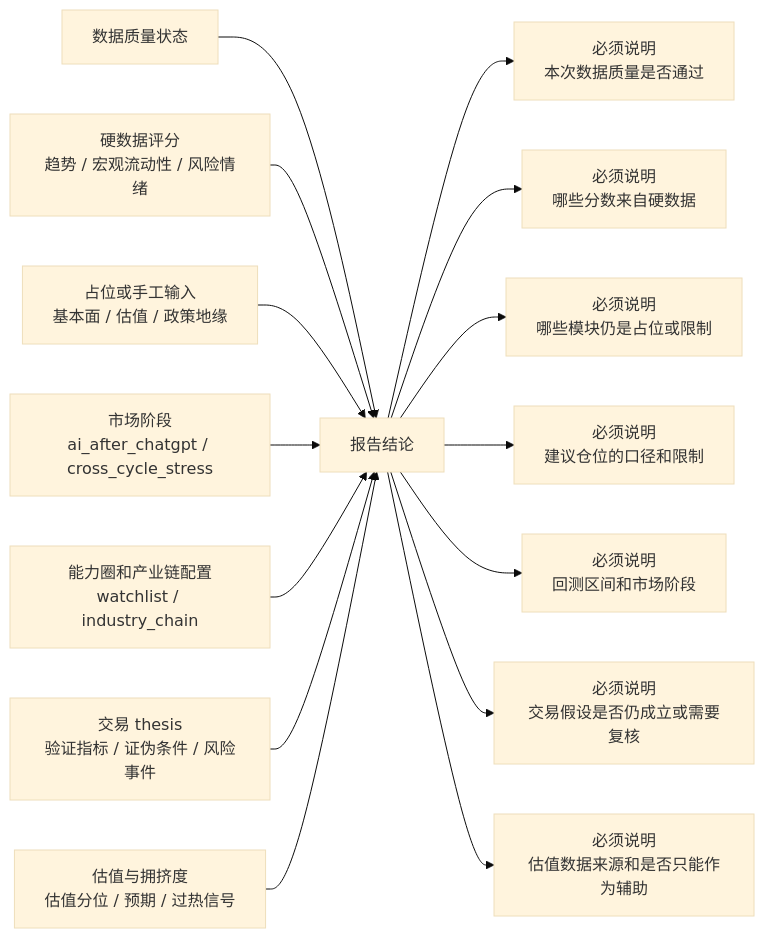
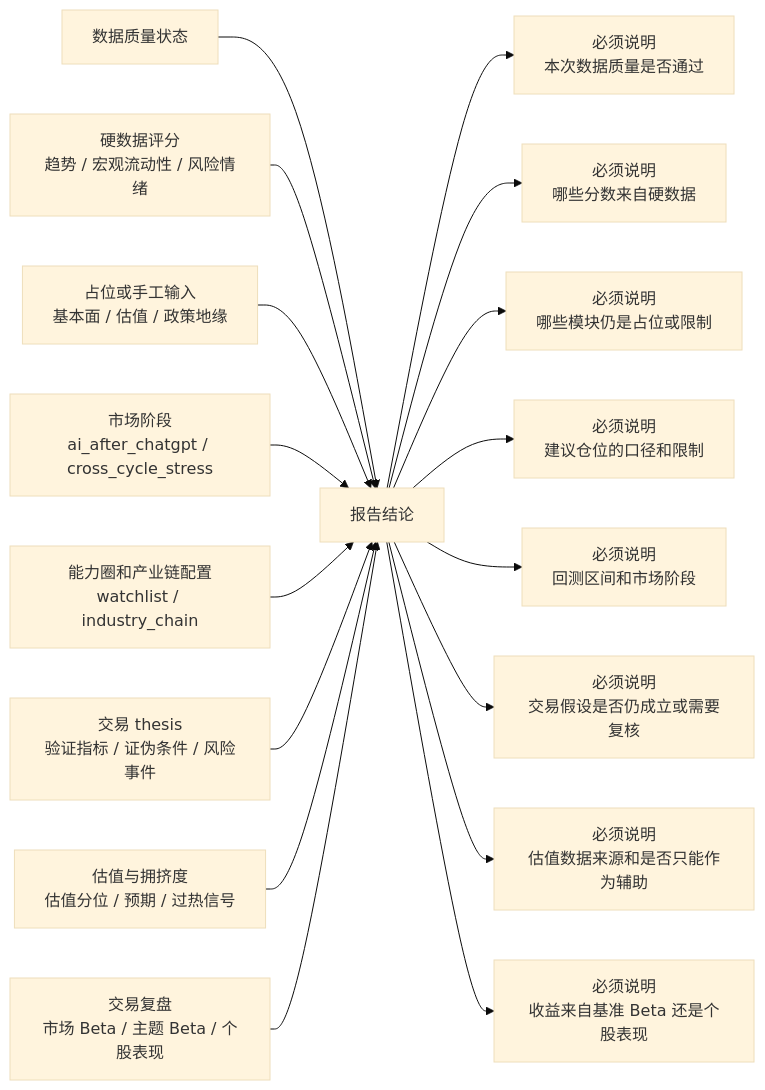
Before and after one commit to AI-Trading-Collaboration/AITradingSystem: the fourth of 5 diagrams in docs/system_flow.md, drawn with Mermaid (base theme). The commit also changed other lines of this file and 9 other files, not shown here.

````diff
--- a/docs/system_flow.md
+++ b/docs/system_flow.md
@@ -218,18 +230,20 @@
 ```mermaid
 flowchart LR
     A["数据质量状态"] --> E["报告结论"]
     B["硬数据评分<br/>趋势 / 宏观流动性 / 风险情绪"] --> E
     C["占位或手工输入<br/>基本面 / 估值 / 政策地缘"] --> E
     D["市场阶段<br/>ai_after_chatgpt / cross_cycle_stress"] --> E
     F["能力圈和产业链配置<br/>watchlist / industry_chain"] --> E
     L["交易 thesis<br/>验证指标 / 证伪条件 / 风险事件"] --> E
     N["估值与拥挤度<br/>估值分位 / 预期 / 过热信号"] --> E
+    P["交易复盘<br/>市场 Beta / 主题 Beta / 个股表现"] --> E
 
     E --> G["必须说明<br/>本次数据质量是否通过"]
     E --> H["必须说明<br/>哪些分数来自硬数据"]
     E --> I["必须说明<br/>哪些模块仍是占位或限制"]
     E --> J["必须说明<br/>建议仓位的口径和限制"]
     E --> K["必须说明<br/>回测区间和市场阶段"]
     E --> M["必须说明<br/>交易假设是否仍成立或需要复核"]
     E --> O["必须说明<br/>估值数据来源和是否只能作为辅助"]
+    E --> P2["必须说明<br/>收益来自基准 Beta 还是个股表现"]
 ```
````
